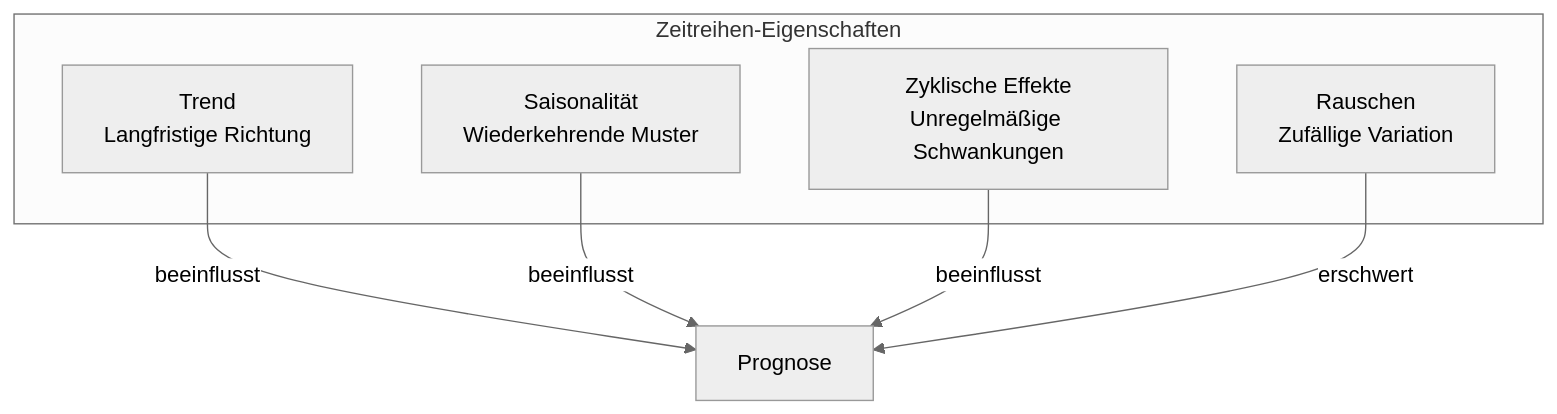
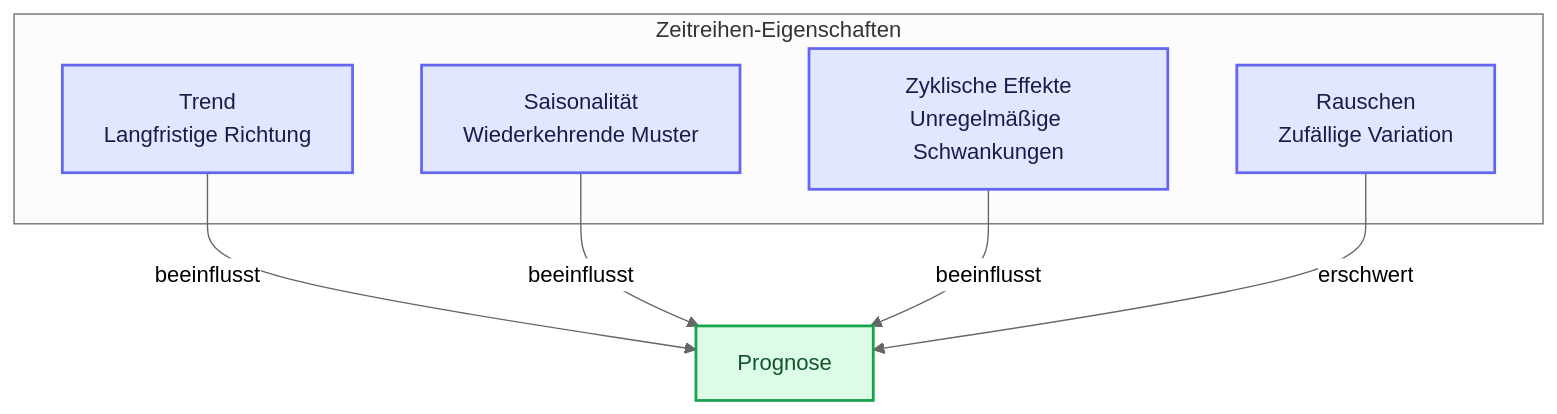
One commit to ralf-42/ML_Intro changed the sixth of 12 diagrams in docs/concepts/modeling/spezielle-neuronale-netze.md. Above: the diagram before and after it, drawn with Mermaid (neutral theme). The commit also changed other lines of this file and 49 other files, not shown here.

````diff
--- a/docs/concepts/modeling/spezielle-neuronale-netze.md
+++ b/docs/concepts/modeling/spezielle-neuronale-netze.md
@@ -369,14 +389,21 @@
 ```mermaid
 flowchart TD
     subgraph Eigenschaften["Zeitreihen-Eigenschaften"]
         T["Trend<br/>Langfristige Richtung"]
         S["Saisonalität<br/>Wiederkehrende Muster"]
         Z["Zyklische Effekte<br/>Unregelmäßige Schwankungen"]
         R["Rauschen<br/>Zufällige Variation"]
     end
     
     T --> |"beeinflusst"| Prognose
     S --> |"beeinflusst"| Prognose
     Z --> |"beeinflusst"| Prognose
     R --> |"erschwert"| Prognose
+
+    classDef default fill:#e0f2fe,stroke:#0284c7,stroke-width:2px,color:#0c4a6e;
+    classDef input fill:#e0e7ff,stroke:#6366f1,stroke-width:2px,color:#1e1b4b;
+    classDef output fill:#dcfce7,stroke:#16a34a,stroke-width:2px,color:#14532d;
+
+    class T,S,Z,R input;
+    class Prognose output;
 ```
````
